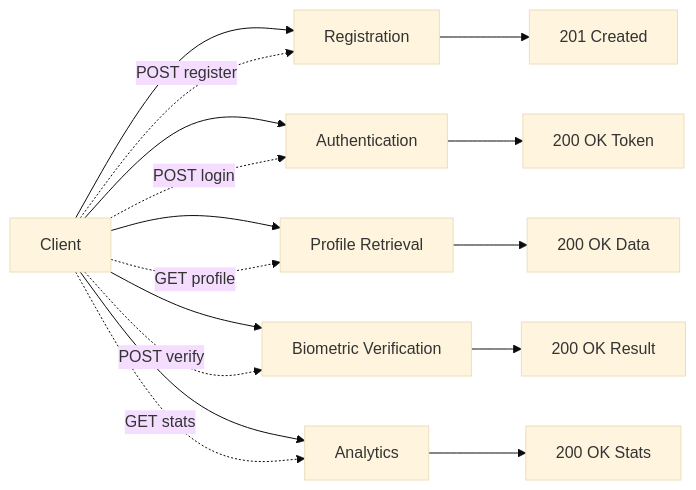
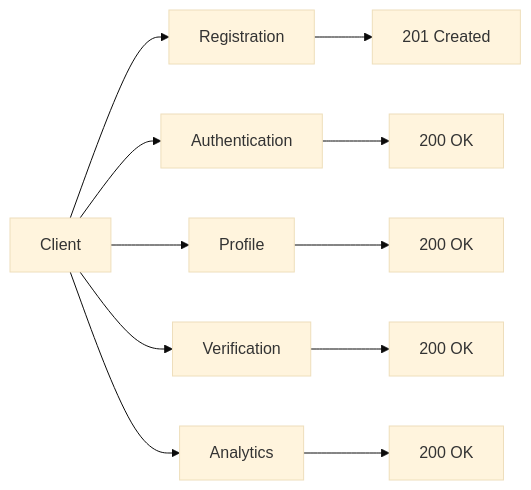
One commit to BTech20/biometric-auth-system changed the seventh of 14 diagrams in ARCHITECTURE.md. Above: the diagram before and after it, drawn with Mermaid (base theme). The commit also changed other lines of this file, not shown here.

First line of the commit message:
Simplify all Mermaid diagrams to basic GitHub-compatible syntax

````diff
--- a/ARCHITECTURE.md
+++ b/ARCHITECTURE.md
@@ -254,20 +188,13 @@
 ```mermaid
-graph LR
+flowchart LR
     A[Client] --> B[Registration]
     A --> C[Authentication]
-    A --> D[Profile Retrieval]
-    A --> E[Biometric Verification]
+    A --> D[Profile]
+    A --> E[Verification]
     A --> F[Analytics]
-    
     B --> G[201 Created]
-    C --> H[200 OK Token]
-    D --> I[200 OK Data]
-    E --> J[200 OK Result]
-    F --> K[200 OK Stats]
-    
-    A -.->|POST register| B
-    A -.->|POST login| C
-    A -.->|GET profile| D
-    A -.->|POST verify| E
-    A -.->|GET stats| F
+    C --> H[200 OK]
+    D --> I[200 OK]
+    E --> J[200 OK]
+    F --> K[200 OK]
 ```
````
